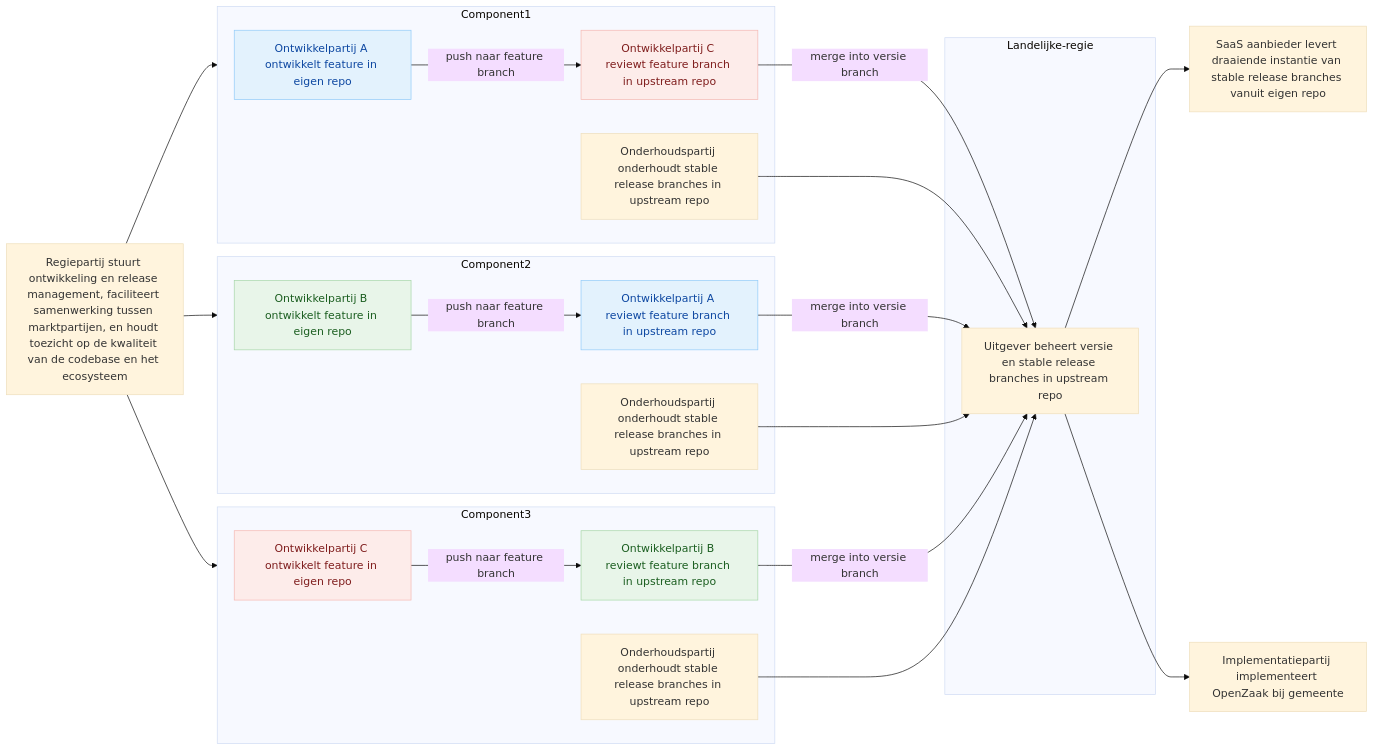
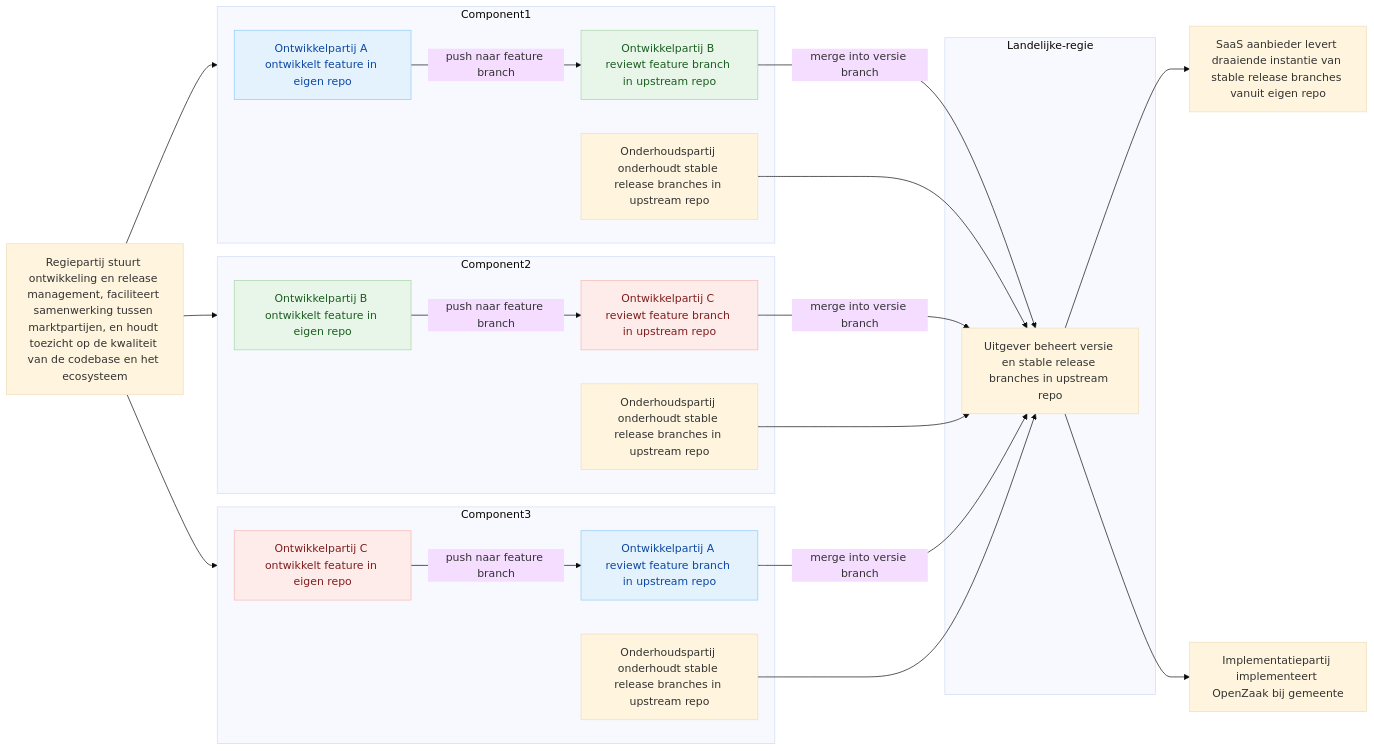
One commit to open-zaak/samenwerken changed the tenth of 10 diagrams in resultaten/rollen-meerdere-marktpartijen.md. Above: the diagram before and after it, drawn with Mermaid (base theme).

Commit message:
tweak text and colours

````diff
--- a/resultaten/rollen-meerdere-marktpartijen.md
+++ b/resultaten/rollen-meerdere-marktpartijen.md
@@ -470,68 +470,68 @@
 ```mermaid
 graph LR
     subgraph Component1
     %% Nodes
         Dev1["Ontwikkelpartij A ontwikkelt feature in eigen repo"]
-        Rev1["Ontwikkelpartij C reviewt feature branch in upstream repo"]
+        Rev1["Ontwikkelpartij B reviewt feature branch in upstream repo"]
         Maint1["Onderhoudspartij onderhoudt stable release branches in upstream repo"]
 
         %% Connections
         Dev1 --"push naar feature branch"--> Rev1
     end
 
     subgraph Component2
     %% Nodes
         Dev2["Ontwikkelpartij B ontwikkelt feature in eigen repo"]
-        Rev2["Ontwikkelpartij A reviewt feature branch in upstream repo"]
+        Rev2["Ontwikkelpartij C reviewt feature branch in upstream repo"]
         Maint2["Onderhoudspartij onderhoudt stable release branches in upstream repo"]
 
         %% Connections
         Dev2 --"push naar feature branch"--> Rev2
     end
 
     subgraph Component3
     %% Nodes
         Dev3["Ontwikkelpartij C ontwikkelt feature in eigen repo"]
-        Rev3["Ontwikkelpartij B reviewt feature branch in upstream repo"]
+        Rev3["Ontwikkelpartij A reviewt feature branch in upstream repo"]
         Maint3["Onderhoudspartij onderhoudt stable release branches in upstream repo"]
 
         %% Connections
         Dev3 --"push naar feature branch"--> Rev3
     end
 
     subgraph Landelijke-regie
     %% Nodes
     Up["Uitgever beheert versie branches in upstream repo"]
 
     end
 
     %% Nodes
     Regie["Regiepartij stuurt ontwikkeling en release management, faciliteert samenwerking tussen marktpartijen, en houdt toezicht op de kwaliteit van de codebase en het ecosysteem"]
     Impl["Implementatiepartij implementeert OpenZaak bij gemeente"]
     Up["Uitgever beheert versie en stable release branches in upstream repo"]
     SaaS["SaaS aanbieder levert draaiende instantie van stable release branches vanuit eigen repo"]
 
     %% Connections
     Regie --> Component1
     Regie --> Component2
     Regie --> Component3
     Rev1 --"merge into versie branch"--> Up
     Rev2 --"merge into versie branch"--> Up
     Rev3 --"merge into versie branch"--> Up
     Maint1 --> Up
     Maint2 --> Up
     Maint3 --> Up
     Up --> SaaS
     Up --> Impl
 
     %% Styling
     classDef softBlue fill:#e3f2fd,stroke:#90caf9,color:#0d47a1;
-    class Dev1,Rev2 softBlue;
+    class Dev1,Rev3 softBlue;
 
     classDef softGreen fill:#e8f5e9,stroke:#a5d6a7,color:#1b5e20;
-    class Dev2,Rev3 softGreen;
+    class Dev2,Rev1 softGreen;
 
     classDef softRed fill:#fdecea,stroke:#f5b7b1,color:#7f1d1d;
-    class Dev3,Rev1 softRed;
+    class Dev3,Rev2 softRed;
 
 ```
````
